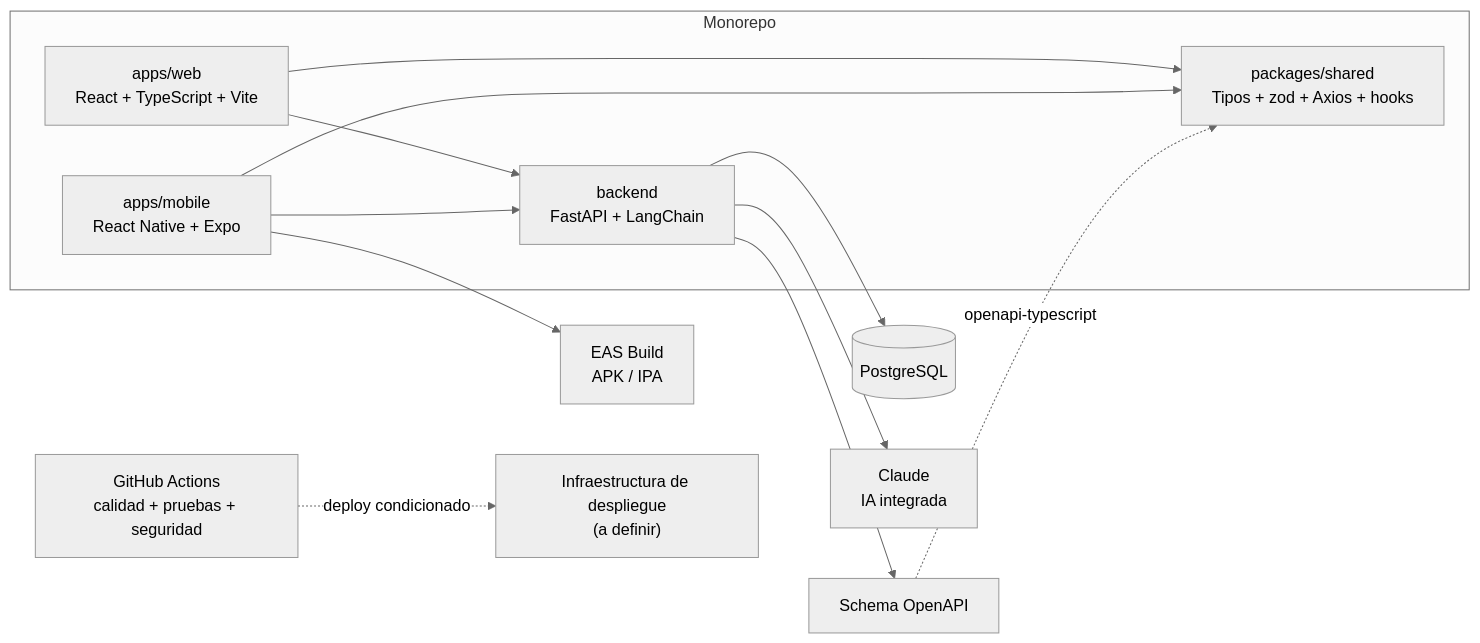
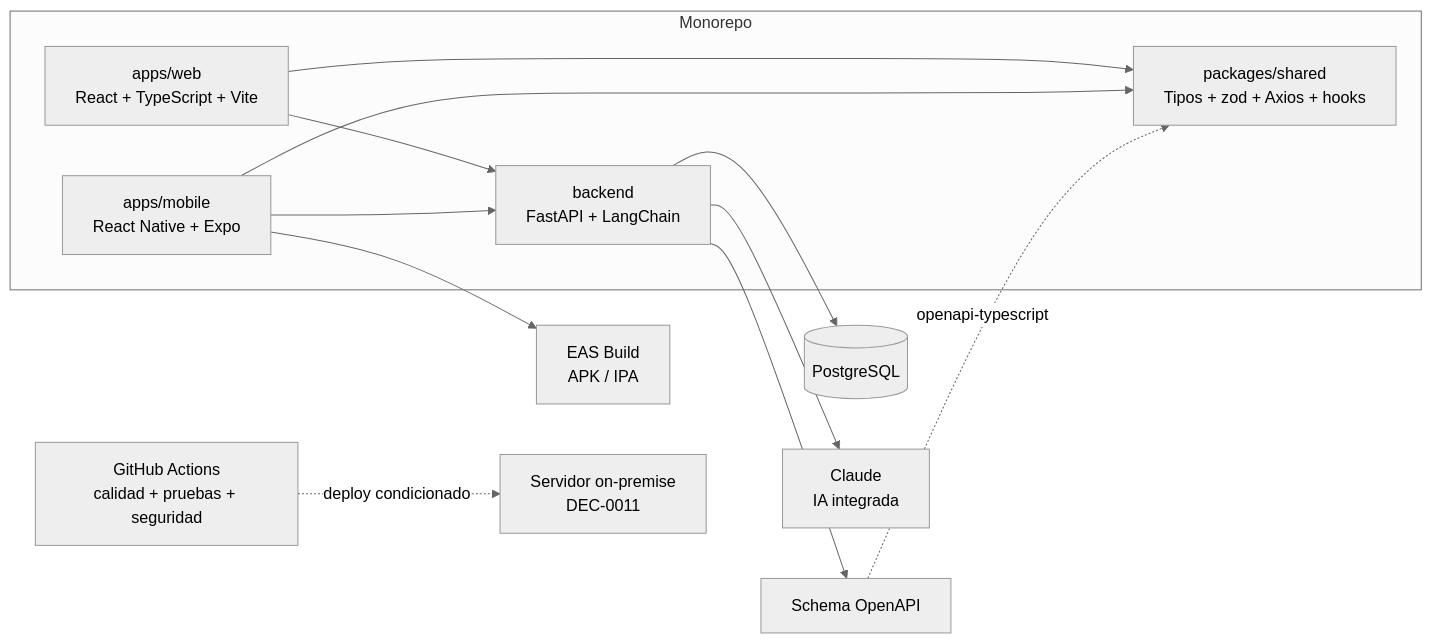
The second of 2 diagrams in 05-Diseño/Arquitectura/ARQ — Vista general.md (FranLuciano04/Vault-Rumbo), drawn with Mermaid (neutral theme) before and after one commit. The commit also changed other lines of this file and 2 other files, not shown here.

Commit message:
A2: vista de despliegue on-premise en ARQ (DEC-0011)

````diff
--- a/05-Diseño/Arquitectura/ARQ — Vista general.md
+++ b/05-Diseño/Arquitectura/ARQ — Vista general.md
@@ -16,26 +70,26 @@
 ```mermaid
 flowchart LR
     subgraph Monorepo
       Web["apps/web<br/>React + TypeScript + Vite"]
       Mobile["apps/mobile<br/>React Native + Expo"]
       Shared["packages/shared<br/>Tipos + zod + Axios + hooks"]
       API["backend<br/>FastAPI + LangChain"]
     end
     DB[("PostgreSQL")]
     Claude["Claude<br/>IA integrada"]
     OpenAPI["Schema OpenAPI"]
     EAS["EAS Build<br/>APK / IPA"]
     CI["GitHub Actions<br/>calidad + pruebas + seguridad"]
-    Deploy["Infraestructura de despliegue<br/>(a definir)"]
+    Deploy["Servidor on-premise<br/>DEC-0011"]
 
     Web --> Shared
     Mobile --> Shared
     Web --> API
     Mobile --> API
     API --> DB
     API --> Claude
     API --> OpenAPI
     OpenAPI -. openapi-typescript .-> Shared
     Mobile --> EAS
     CI -. deploy condicionado .-> Deploy
 ```
````
